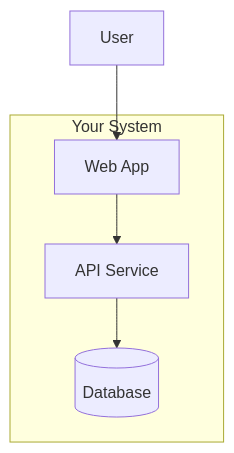
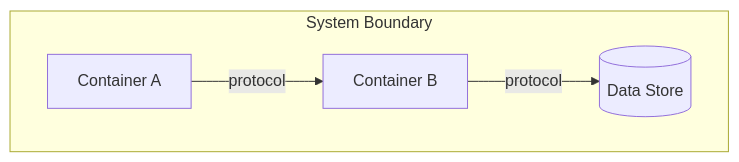
Before and after one commit to TylerJPresley/voidrift: the second of 4 diagrams in resources/templates/ARCHITECTURE-TEMPLATE.md, drawn with Mermaid. The commit also changed other lines of this file and 1 other file, not shown here.

First line of the commit message:
feat: architecture template to arc42 standard, REQ-P-10 references template

````diff
--- a/resources/templates/ARCHITECTURE-TEMPLATE.md
+++ b/resources/templates/ARCHITECTURE-TEMPLATE.md
@@ -39,12 +56,8 @@
 ```mermaid
 graph TB
-    subgraph "Your System"
-        WebApp[Web App]
-        API[API Service]
-        DB[(Database)]
+    %% Replace with actual containers
+    subgraph "System Boundary"
+        A[Container A] -->|protocol| B[Container B]
+        B -->|protocol| C[(Data Store)]
     end
-    
-    User --> WebApp
-    WebApp --> API
-    API --> DB
 ```
````
